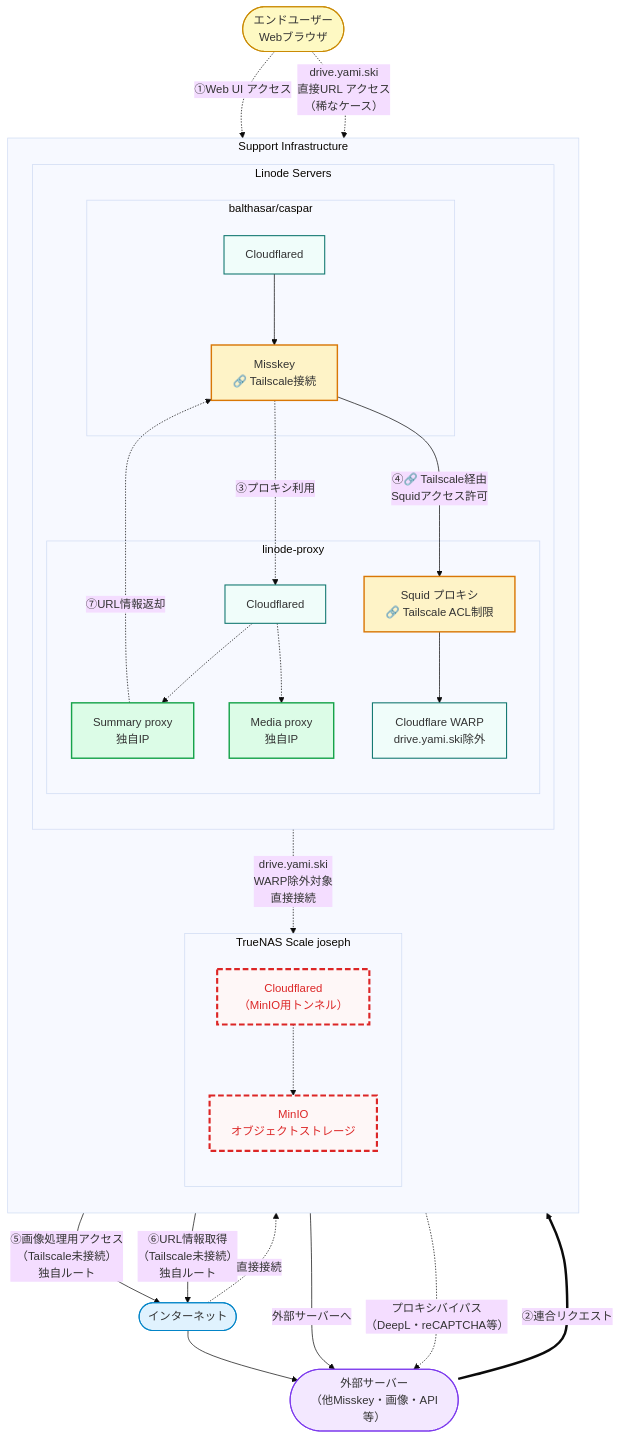
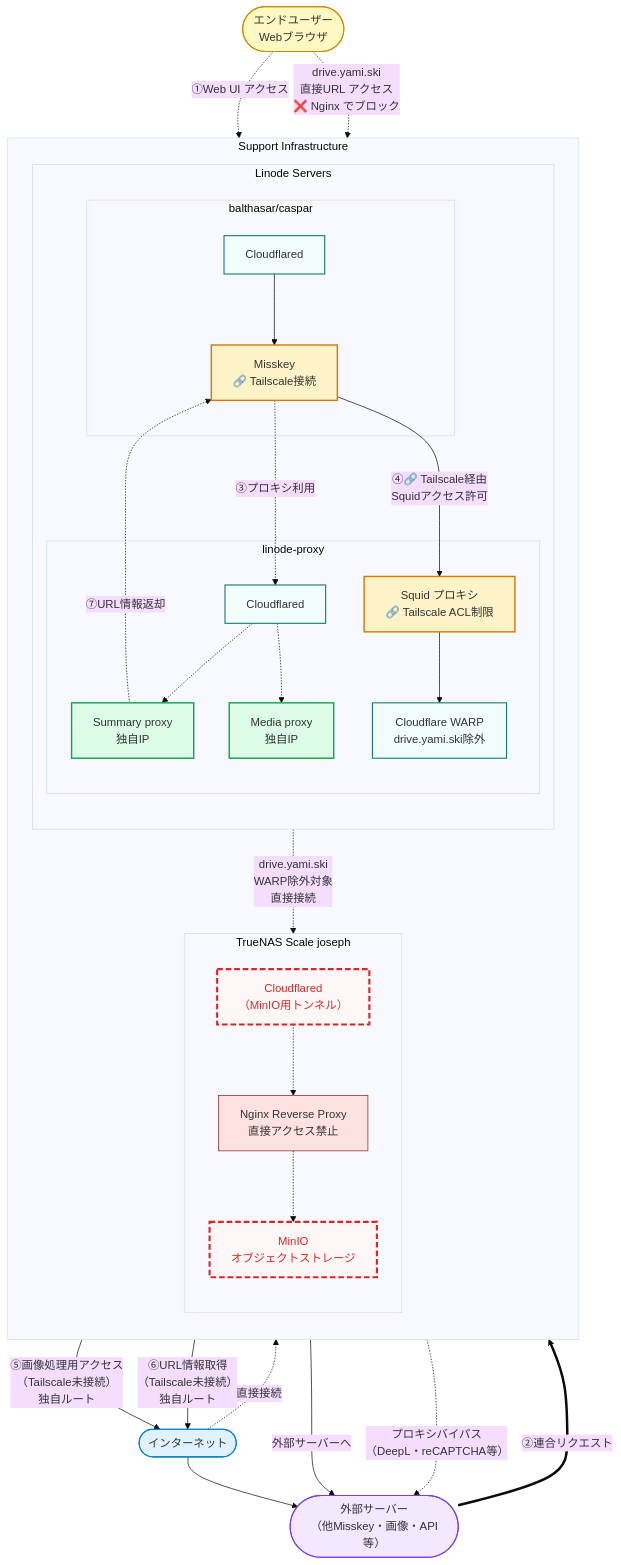
One commit to yamisskey-dev/hosted-list changed the fifth of 5 diagrams in README.md. Above: the diagram before and after it, drawn with Mermaid (base theme).

````diff
--- a/README.md
+++ b/README.md
@@ -480,6 +480,7 @@
     
     subgraph truenas[TrueNAS Scale joseph]
         direction TB
+        nginx_minio[Nginx Reverse Proxy<br/>直接アクセス禁止]:::security
         minio[MinIO<br/>オブジェクトストレージ]:::excludeHome
         cloudflared_home[Cloudflared<br/>（MinIO用トンネル）]:::excludeHome
     end
@@ -504,7 +505,8 @@
 %% WARPからの分岐
 warp -->|"外部サーバーへ"| external_servers
 warp -.->|"drive.yami.ski<br/>WARP除外対象<br/>直接接続"| cloudflared_home
-cloudflared_home -.-> minio
+cloudflared_home -.-> nginx_minio
+nginx_minio -.-> minio
 
 %% === MediaProxy・SummaryProxyは独自ルート（Tailscale未接続） ===
 mediaproxy -->|"⑤画像処理用アクセス<br/>（Tailscale未接続）<br/>独自ルート"| internet
@@ -519,6 +521,6 @@
 %% サマリープロキシからMisskeyへの情報返却
 summaryproxy -.->|"⑦URL情報返却"| yamisskey
 
-%% 直接URLアクセス（稀なケース）
-enduser -.->|"drive.yami.ski<br/>直接URL アクセス<br/>（稀なケース）"| cloudflared_home
+%% 直接URLアクセス（ブロック）
+enduser -.->|"drive.yami.ski<br/>直接URL アクセス<br/>❌ Nginx でブロック"| cloudflared_home
 ```
````
